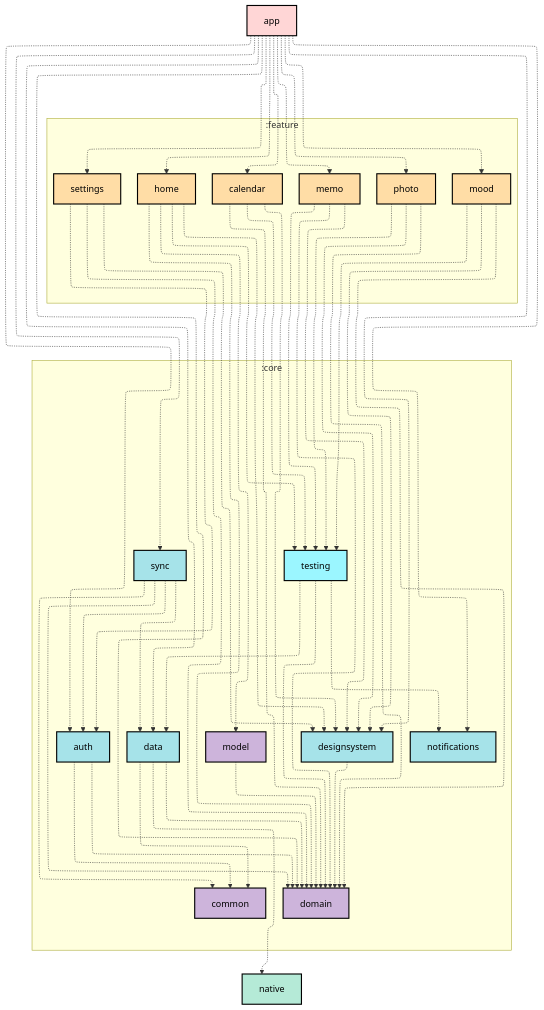
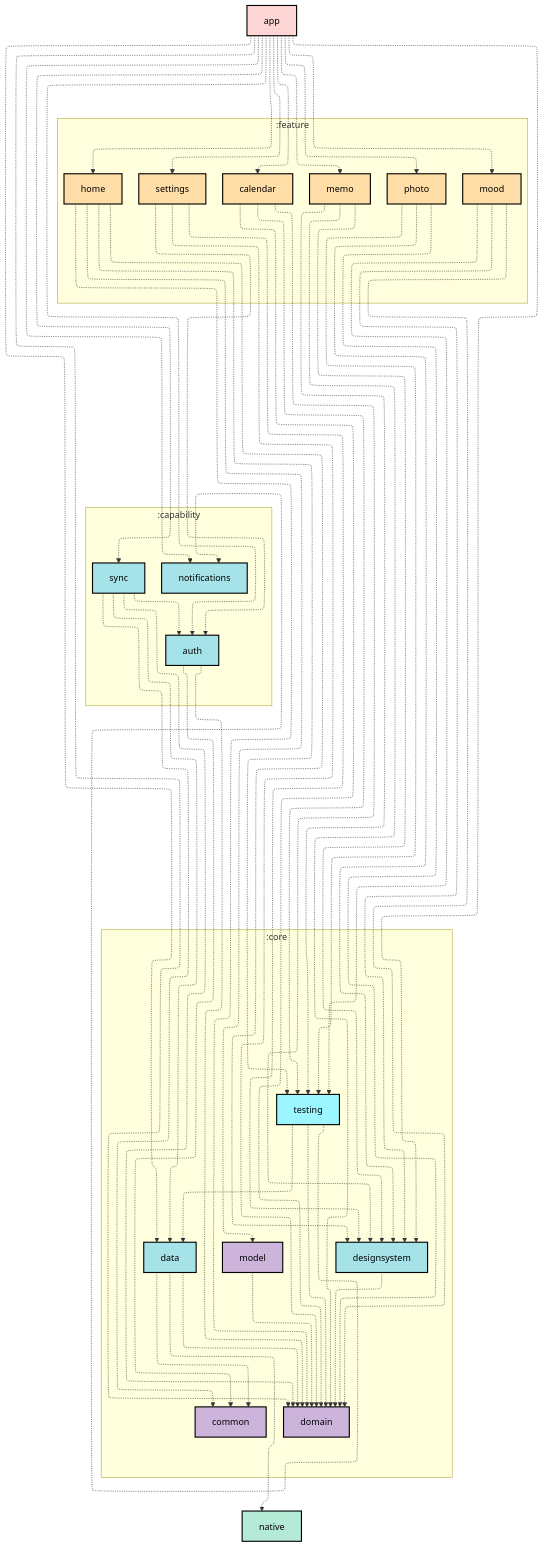
Before and after one commit to M1n9yu23/LifeLog-Compose-Clean-Architecture: the diagram in README.md, drawn with Mermaid. The commit also changed other lines of this file, not shown here.

Commit message:
docs: README 내 프로젝트 모듈 구조 및 의존성 다이어그램 최신화

```diff
--- a/README.md
+++ b/README.md
@@ -23,14 +23,17 @@
 subgraph :core
 direction TB
 :core:data[data]:::android-core
-:core:auth[auth]:::android-core
-:core:sync[sync]:::android-core
 :core:designsystem[designsystem]:::android-core
-:core:notifications[notifications]:::android-core
 :core:domain[domain]:::kotlin-library
 :core:common[common]:::kotlin-library
 :core:model[model]:::kotlin-library
 :core:testing[testing]:::android-test
+end
+subgraph :capability
+direction TB
+:auth[auth]:::android-core
+:sync[sync]:::android-core
+:notifications[notifications]:::android-core
 end
 subgraph :feature
 direction TB
@@ -53,23 +56,23 @@
 :app -.-> :core:data
 :app -.-> :core:domain
 :app -.-> :core:designsystem
-:app -.-> :core:notifications
-:app -.-> :core:auth
-:app -.-> :core:sync
+:app -.-> :notifications
+:app -.-> :auth
+:app -.-> :sync
 :core:data -.-> :core:domain
 :core:data -.-> :core:common
 :core:data -.-> :native
-:core:auth -.-> :core:common
-:core:auth -.-> :core:domain
-:core:sync -.-> :core:common
-:core:sync -.-> :core:domain
-:core:sync -.-> :core:data
-:core:sync -.-> :core:auth
+:auth -.-> :core:common
+:auth -.-> :core:domain
+:sync -.-> :core:common
+:sync -.-> :core:domain
+:sync -.-> :core:data
+:sync -.-> :auth
 :core:model -.-> :core:domain
 :core:designsystem -.-> :core:domain
 :core:testing -.-> :core:domain
 :core:testing -.-> :core:data
-:core:testing -.-> :core:notifications
+:core:testing -.-> :notifications
 :feature:home -.-> :core:designsystem
 :feature:home -.-> :core:domain
 :feature:home -.-> :core:model
@@ -88,7 +91,7 @@
 :feature:photo -.-> :core:testing
 :feature:settings -.-> :core:designsystem
 :feature:settings -.-> :core:domain
-:feature:settings -.-> :core:auth
+:feature:settings -.-> :auth
 
 :core:domain ~~~ :native
 
```
